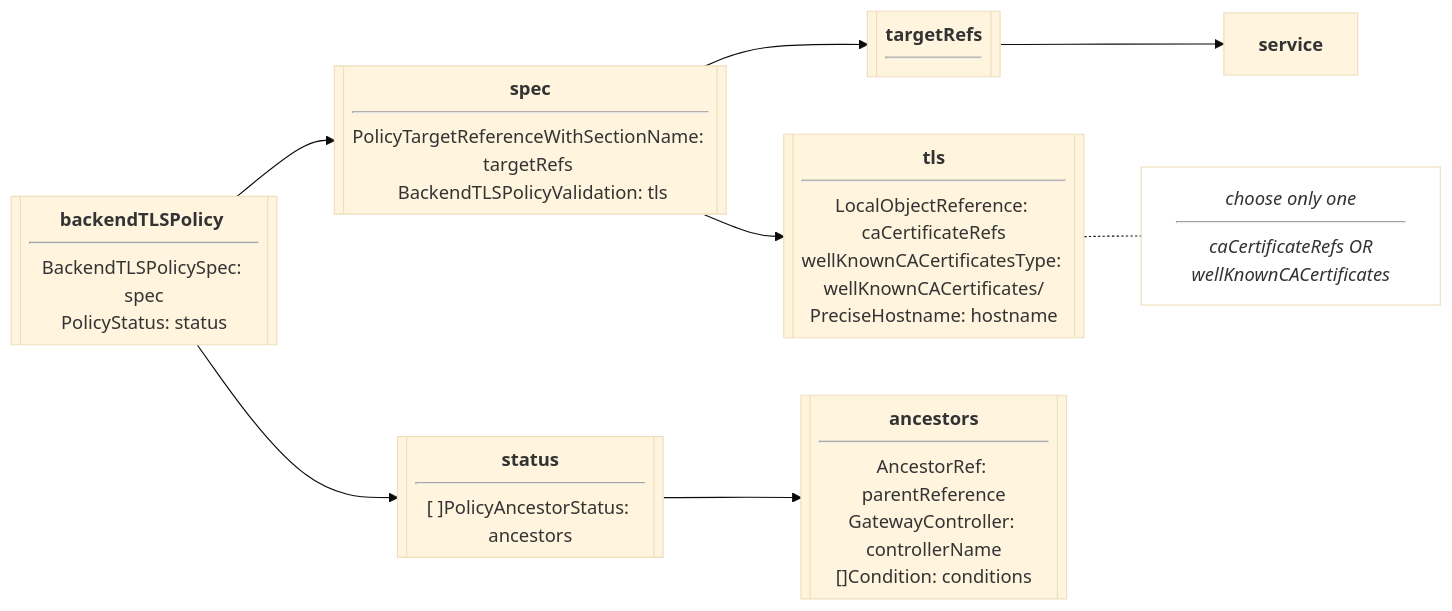
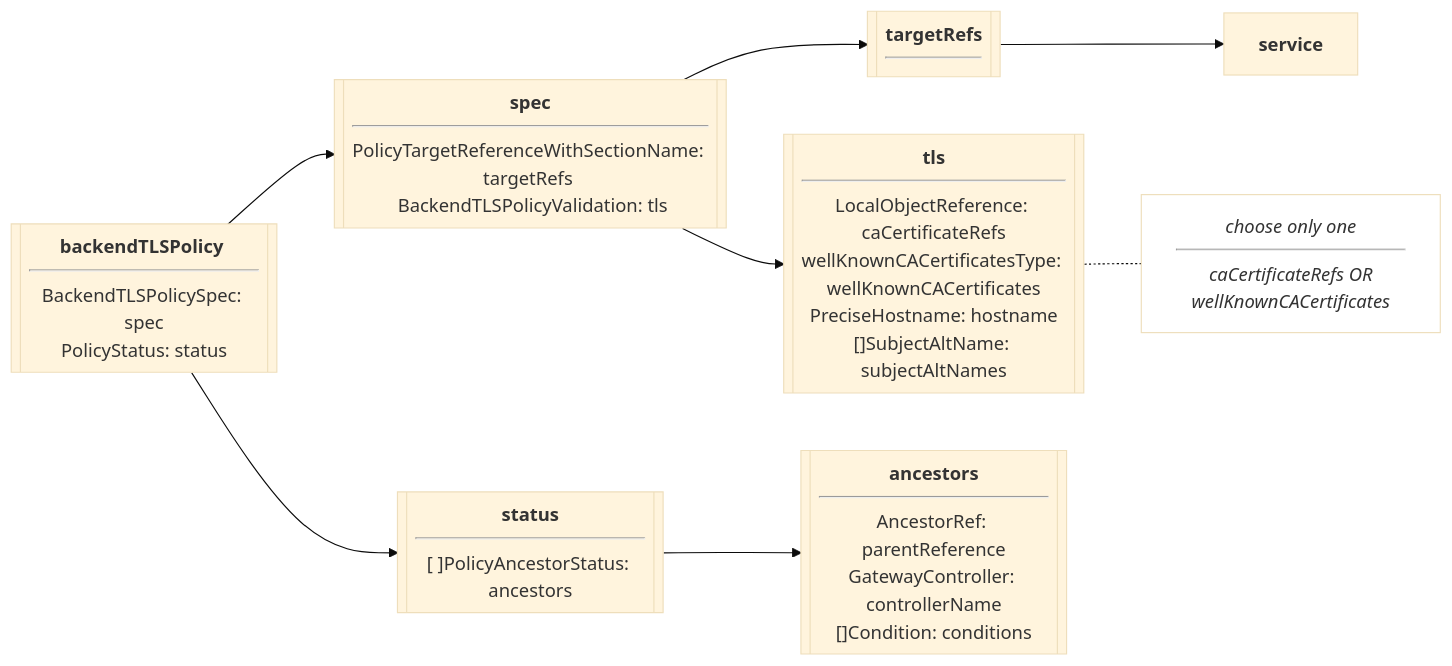
Before and after one commit to envoyproxy/gateway: the first of 2 diagrams in site/content/en/latest/api/gateway_api/backendtlspolicy.md, drawn with Mermaid (base theme). The commit also changed other lines of this file and 7 other files, not shown here.

````diff
--- a/site/content/en/latest/api/gateway_api/backendtlspolicy.md
+++ b/site/content/en/latest/api/gateway_api/backendtlspolicy.md
@@ -47,18 +49,18 @@
 ```mermaid
 flowchart LR
     backendTLSPolicy[["<b>backendTLSPolicy</b> <hr><align=left>BackendTLSPolicySpec: spec<br>PolicyStatus: status</align>"]]
     spec[["<b>spec</b><hr>PolicyTargetReferenceWithSectionName: targetRefs <br> BackendTLSPolicyValidation: tls"]]
     status[["<b>status</b><hr>[ ]PolicyAncestorStatus: ancestors"]]
-    validation[["<b>tls</b><hr>LocalObjectReference: caCertificateRefs<br>wellKnownCACertificatesType: wellKnownCACertificates/<br>PreciseHostname: hostname"]]
+    validation[["<b>tls</b><hr>LocalObjectReference: caCertificateRefs<br>wellKnownCACertificatesType: wellKnownCACertificates<br>PreciseHostname: hostname<br>[]SubjectAltName: subjectAltNames"]]  
     ancestorStatus[["<b>ancestors</b><hr>AncestorRef: parentReference<br>GatewayController: controllerName<br>[]Condition: conditions"]]
     targetRefs[[<b>targetRefs</b><hr>]]
     service["<b>service</>"]
     backendTLSPolicy -->spec
     backendTLSPolicy -->status
     spec -->targetRefs & validation
     status -->ancestorStatus
     targetRefs -->service
     note[<em>choose only one<hr> caCertificateRefs OR wellKnownCACertificates</em>]
     style note fill:#fff
     validation -.- note
 ```
````
